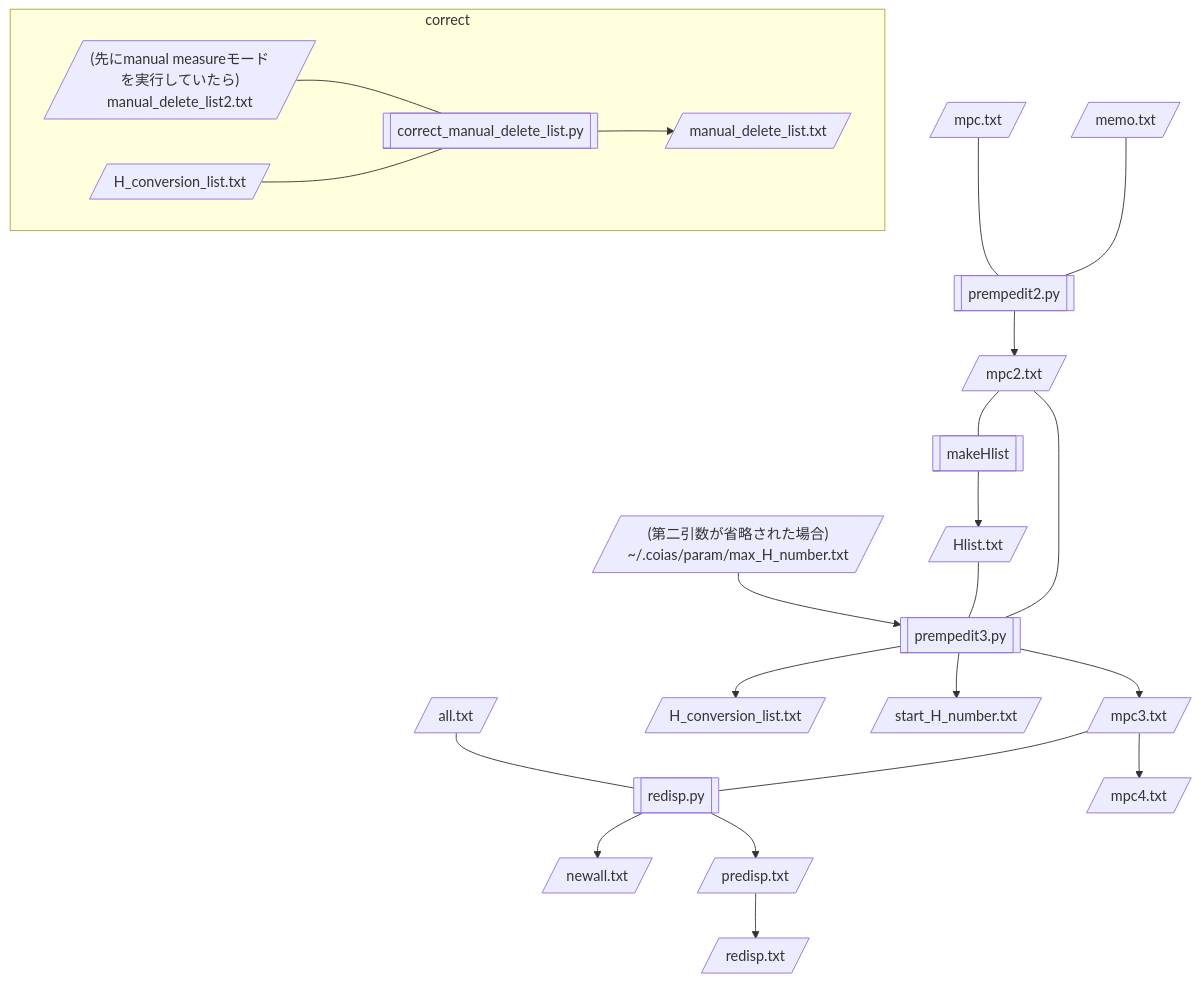
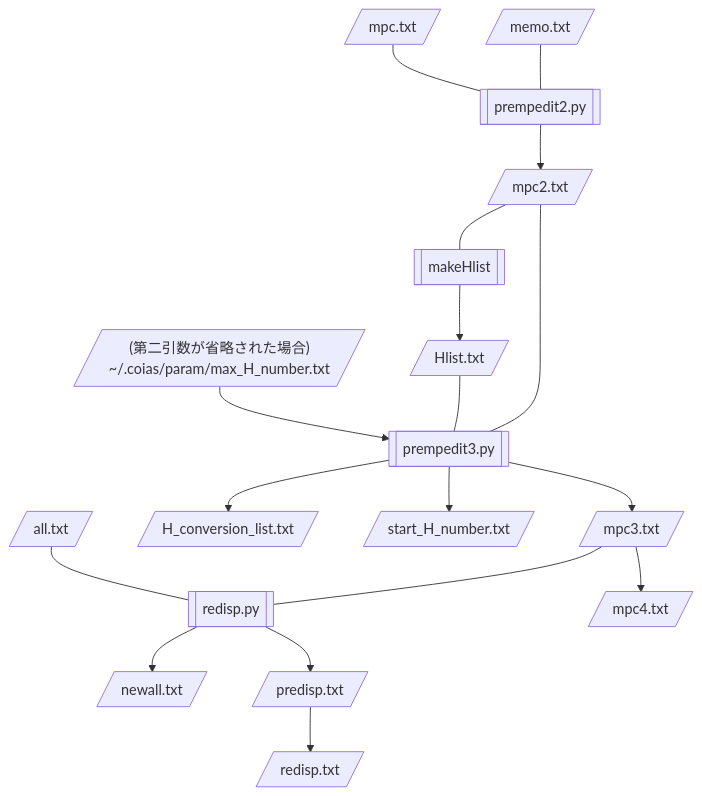
Before and after one commit to COIAS-program/COIAS_program_github: the diagram in flowcharts/flowchart5-AstsearchR_between_COIAS_and_ReCOIAS.md, drawn with Mermaid. The commit also changed 2 other files, not shown here.

Commit message:
src6: 今回の修正で仮のH番号は探索モード終盤からレポートモードの終盤まで一切変えないようにするため、correct_manual_delete_list.pyのような小細工は必要ないはず

```````diff
--- a/flowcharts/flowchart5-AstsearchR_between_COIAS_and_ReCOIAS.md
+++ b/flowcharts/flowchart5-AstsearchR_between_COIAS_and_ReCOIAS.md
@@ -3,26 +3,20 @@
 ```mermaid
 flowchart TD
     A[/memo.txt/] --- B[[prempedit2.py]]
     C[/mpc.txt/] --- B
     B --> D[/mpc2.txt/]
     D --- E[[makeHlist]]
     E --> F[/Hlist.txt/]
     D --- G[[prempedit3.py]]
     F --- G
 	T[/"(第二引数が省略された場合)<br>~/.coias/param/max_H_number.txt"/] --> G
     G --> H[/mpc3.txt/]
     G --> I[/H_conversion_list.txt/]
     G --> U[/start_H_number.txt/]
     H --- J[[redisp.py]]
     H --> K[/mpc4.txt/]
     L[/all.txt/] --- J
     J --> M[/newall.txt/]
     J --> N[/predisp.txt/]
     N --> O[/redisp.txt/]
-
-    subgraph correct
-        P[/"(先にmanual measureモードを実行していたら)"<br>manual_delete_list2.txt/] --- Q[[correct_manual_delete_list.py]]
-        R[/H_conversion_list.txt/] --- Q
-        Q --> S[/manual_delete_list.txt/]
-    end
 ``````
```````
